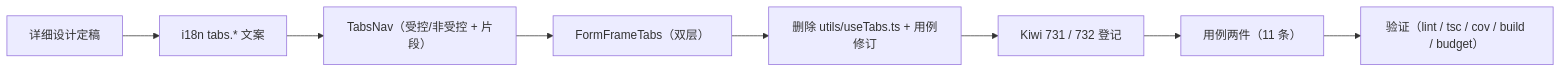
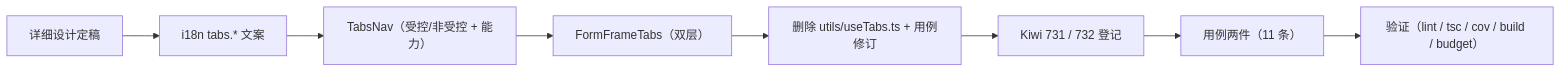
Before and after one commit to minjian123/basic-management-system: the diagram in bms文档/项目/04_前端组件库/任务/03_布局组件类/03_布局组件类_03_结构布局/03_布局组件类_03_结构布局_01_多标签导航/实施/01_实施_01_多标签导航.md, drawn with Mermaid. The commit also changed other lines of this file and 134 other files, not shown here.

````diff
--- a/bms文档/项目/04_前端组件库/任务/03_布局组件类/03_布局组件类_03_结构布局/03_布局组件类_03_结构布局_01_多标签导航/实施/01_实施_01_多标签导航.md
+++ b/bms文档/项目/04_前端组件库/任务/03_布局组件类/03_布局组件类_03_结构布局/03_布局组件类_03_结构布局_01_多标签导航/实施/01_实施_01_多标签导航.md
@@ -22,10 +22,10 @@
 ```mermaid
 flowchart LR
     D["详细设计定稿"] --> I["i18n tabs.* 文案"]
-    I --> N["TabsNav（受控/非受控 + 片段）"]
+    I --> N["TabsNav（受控/非受控 + 能力）"]
     N --> F["FormFrameTabs（双层）"]
     F --> X["删除 utils/useTabs.ts + 用例修订"]
     X --> K["Kiwi 731 / 732 登记"]
     K --> T["用例两件（11 条）"]
     T --> V["验证（lint / tsc / cov / build / budget）"]
 ```
````
